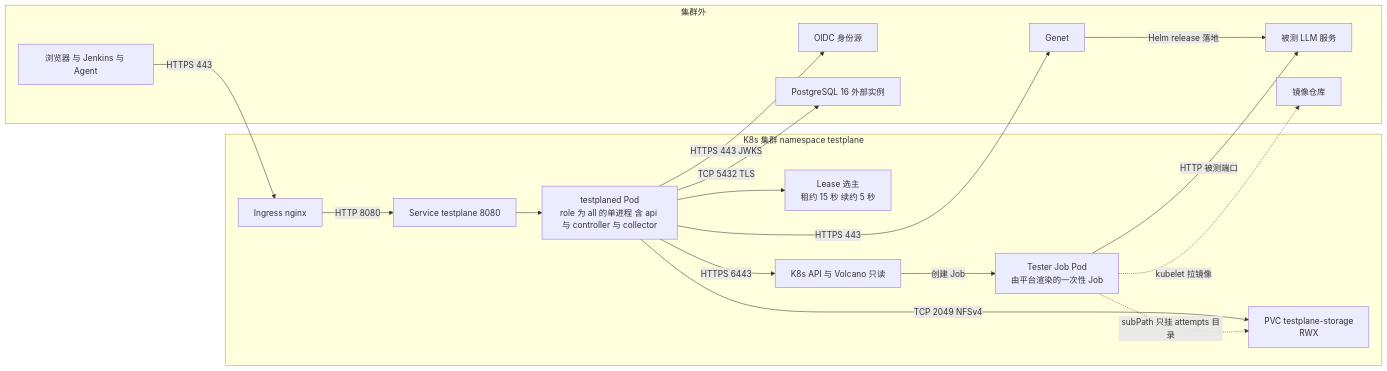
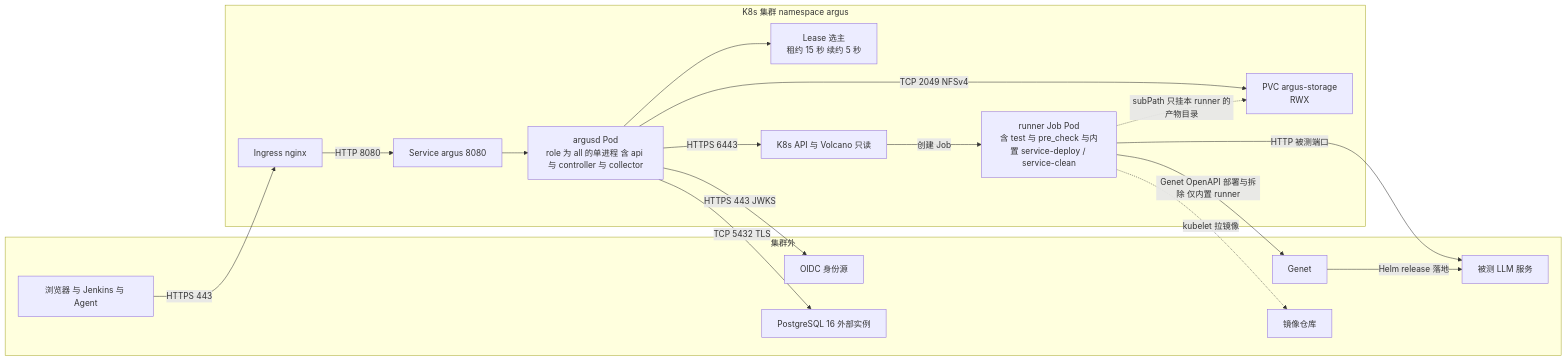
Before and after one commit to ucm-system/testplane: the seventh of 7 diagrams in docs/design/overall-design.md, drawn with Mermaid. The commit also changed other lines of this file and 471 other files, not shown here.

First line of the commit message:
Argus v2：平台更名与 Runner 化改造（规约 → 文档 → 契约 → 代码） (#94)

````diff
--- a/docs/design/overall-design.md
+++ b/docs/design/overall-design.md
@@ -588,34 +605,34 @@
 ```mermaid
 flowchart LR
   subgraph OUT["集群外"]
     U["浏览器 与 Jenkins 与 Agent"]
     IDP["OIDC 身份源"]
     GEN["Genet"]
     SVC["被测 LLM 服务"]
     REGI["镜像仓库"]
     PGE["PostgreSQL 16 外部实例"]
   end
-  subgraph IN["K8s 集群 namespace testplane"]
+  subgraph IN["K8s 集群 namespace argus"]
     ING["Ingress nginx"]
-    SVCK["Service testplane 8080"]
-    POD["testplaned Pod<br/>role 为 all 的单进程 含 api 与 controller 与 collector"]
+    SVCK["Service argus 8080"]
+    POD["argusd Pod<br/>role 为 all 的单进程 含 api 与 controller 与 collector"]
     LEASE["Lease 选主<br/>租约 15 秒 续约 5 秒"]
-    JOB["Tester Job Pod<br/>由平台渲染的一次性 Job"]
-    NFSP["PVC testplane-storage<br/>RWX"]
+    JOB["runner Job Pod<br/>含 test 与 pre_check 与内置 service-deploy / service-clean"]
+    NFSP["PVC argus-storage<br/>RWX"]
     KAPI["K8s API 与 Volcano 只读"]
   end
   U -->|"HTTPS 443"| ING
   ING -->|"HTTP 8080"| SVCK
   SVCK --> POD
   POD -->|"TCP 5432 TLS"| PGE
   POD -->|"TCP 2049 NFSv4"| NFSP
   POD -->|"HTTPS 6443"| KAPI
-  POD -->|"HTTPS 443"| GEN
   POD -->|"HTTPS 443 JWKS"| IDP
   POD --> LEASE
   KAPI -->|"创建 Job"| JOB
   JOB -.->|"kubelet 拉镜像"| REGI
-  JOB -.->|"subPath 只挂 attempts 目录"| NFSP
+  JOB -.->|"subPath 只挂本 runner 的产物目录"| NFSP
   JOB -->|"HTTP 被测端口"| SVC
+  JOB -->|"Genet OpenAPI 部署与拆除 仅内置 runner"| GEN
   GEN -->|"Helm release 落地"| SVC
 ```
````
